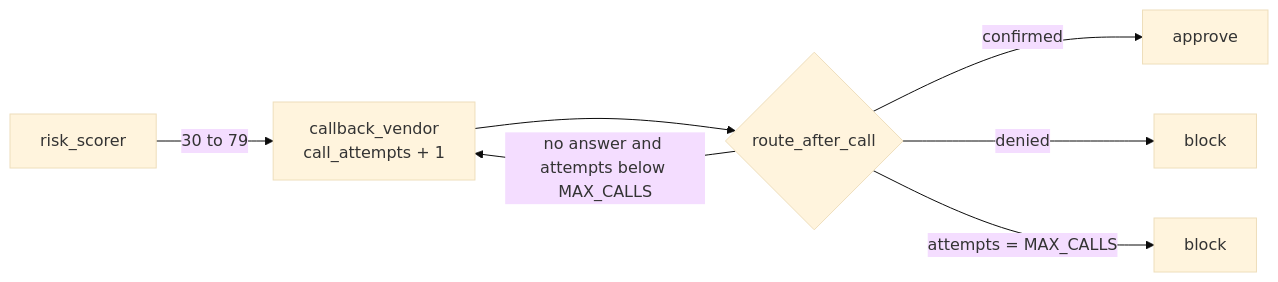
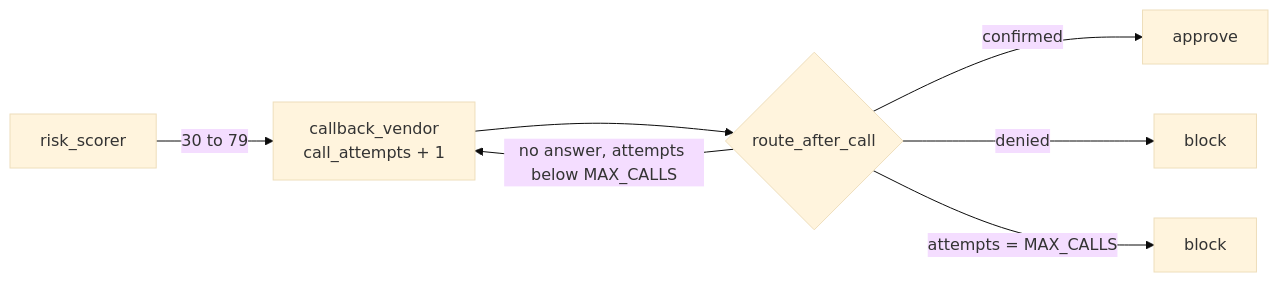
One commit to PreeyasTumulu/Vendor_Payment_Guard changed the third of 4 diagrams in README.md. Above: the diagram before and after it, drawn with Mermaid (base theme). The commit also changed other lines of this file, not shown here.

````diff
--- a/README.md
+++ b/README.md
@@ -129,9 +119,9 @@
 ```mermaid
 flowchart LR
     S[risk_scorer] -->|"30 to 79"| C["callback_vendor<br/>call_attempts + 1"]
     C --> R{route_after_call}
-    R -->|"no answer and attempts below MAX_CALLS"| C
+    R -->|"no answer, attempts below MAX_CALLS"| C
     R -->|"confirmed"| A[approve]
     R -->|"denied"| B1[block]
     R -->|"attempts = MAX_CALLS"| B2[block]
 ```
````
